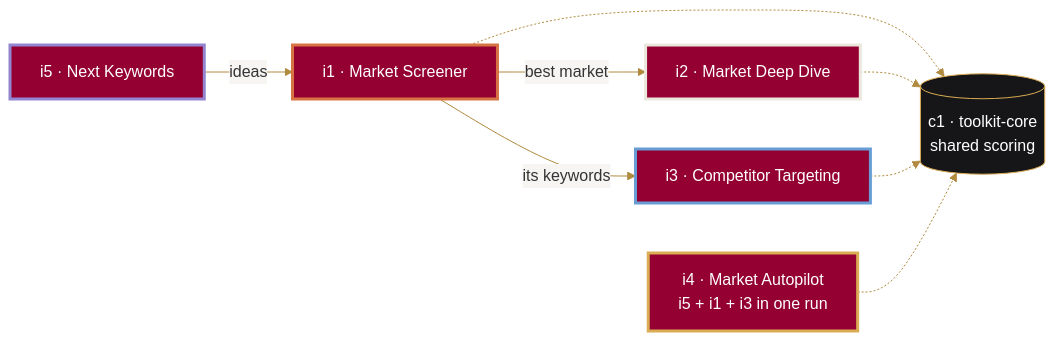
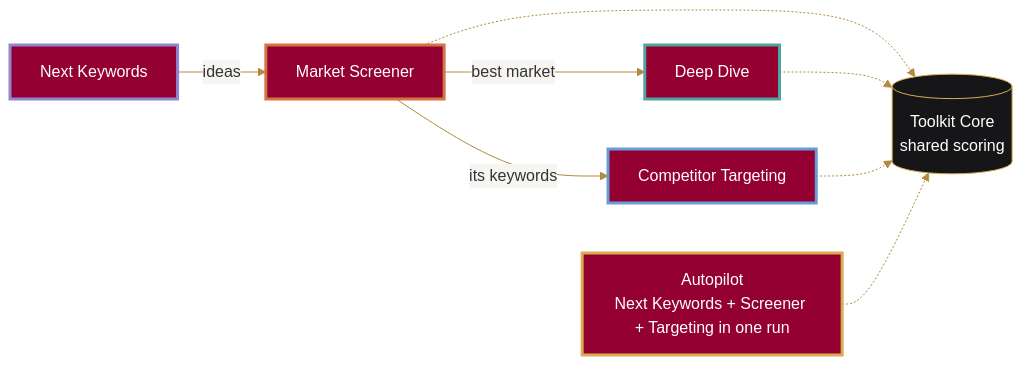
The diagram in README.md (Mohib-Ur-Rehman-automation/amazon-toolkit), drawn with Mermaid before and after one commit. The commit also changed other lines of this file and 28 other files, not shown here.

````diff
--- a/README.md
+++ b/README.md
@@ -33,20 +33,20 @@
 ```mermaid
 %%{init: {'theme':'base','themeVariables':{'fontFamily':'Georgia, serif','lineColor':'#B08A3E','textColor':'#1f2328','edgeLabelBackground':'#f7f5f2'}}}%%
 flowchart LR
-  I5["i5 · Next Keywords"] -- ideas --> I1["i1 · Market Screener"]
-  I1 -- best market --> I2["i2 · Market Deep Dive"]
-  I1 -- its keywords --> I3["i3 · Competitor Targeting"]
-  I4["i4 · Market Autopilot<br/>i5 + i1 + i3 in one run"]
-  C1[("c1 · toolkit-core<br/>shared scoring")]
+  I5["Next Keywords"] -- ideas --> I1["Market Screener"]
+  I1 -- best market --> I2["Deep Dive"]
+  I1 -- its keywords --> I3["Competitor Targeting"]
+  I4["Autopilot<br/>Next Keywords + Screener + Targeting in one run"]
+  C1[("Toolkit Core<br/>shared scoring")]
   I1 -.-> C1
   I2 -.-> C1
   I3 -.-> C1
   I4 -.-> C1
   classDef i1 fill:#930031,stroke:#D77343,stroke-width:3px,color:#fff;
-  classDef i2 fill:#930031,stroke:#ECE7DD,stroke-width:3px,color:#fff;
+  classDef i2 fill:#930031,stroke:#4FA3A0,stroke-width:3px,color:#fff;
   classDef i3 fill:#930031,stroke:#679DD4,stroke-width:3px,color:#fff;
   classDef i4 fill:#930031,stroke:#DAAC53,stroke-width:3px,color:#fff;
   classDef i5 fill:#930031,stroke:#9485D0,stroke-width:3px,color:#fff;
   classDef core fill:#161618,stroke:#DAAC53,color:#fff;
   class I1 i1; class I2 i2; class I3 i3; class I4 i4; class I5 i5; class C1 core;
 ```
````
